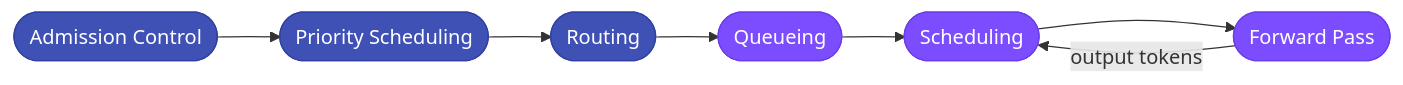
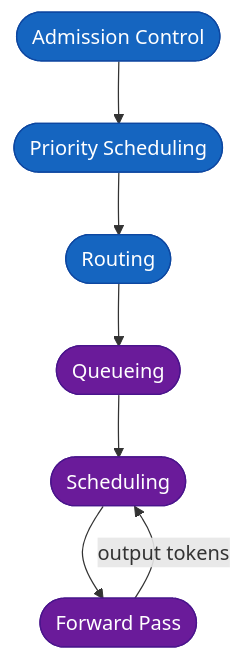
One commit to inference-sim/inference-sim changed the diagram in docs/blog/posts/why-simulate-before-you-scale.md. Above: the diagram before and after it, drawn with Mermaid. The commit also changed other lines of this file, not shown here.

First line of the commit message:
fix(docs): vertical pipeline diagram, reframe AI section as validation

````diff
--- a/docs/blog/posts/why-simulate-before-you-scale.md
+++ b/docs/blog/posts/why-simulate-before-you-scale.md
@@ -46,8 +46,15 @@
 ```mermaid
-flowchart LR
-    AC(["Admission Control"]):::cluster --> PS(["Priority Scheduling"]):::cluster --> RT(["Routing"]):::cluster --> Q(["Queueing"]):::instance --> S(["Scheduling"]):::instance --> FP(["Forward Pass"]):::instance
+flowchart TD
+    AC(["Admission Control"]):::cluster
+    PS(["Priority Scheduling"]):::cluster
+    RT(["Routing"]):::cluster
+    Q(["Queueing"]):::instance
+    S(["Scheduling"]):::instance
+    FP(["Forward Pass"]):::instance
+
+    AC --> PS --> RT --> Q --> S --> FP
     FP -->|"output tokens"| S
 
-    classDef cluster fill:#4051b5,color:#fff,stroke:#3040a0
-    classDef instance fill:#7c4dff,color:#fff,stroke:#6a3de8
+    classDef cluster fill:#1565c0,color:#fff,stroke:#0d47a1
+    classDef instance fill:#6a1b9a,color:#fff,stroke:#4a148c
 ```
````
